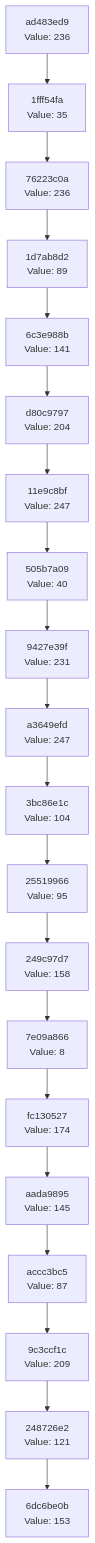
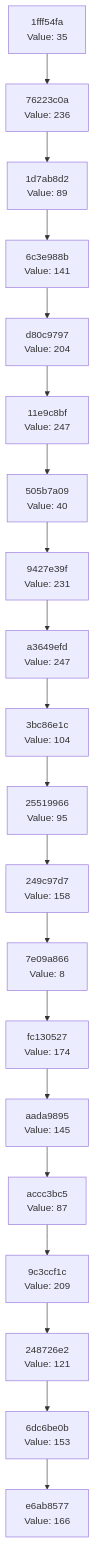
One commit to Abhisheksinha1506/hash-chain-evolver changed the diagram in docs/CHAIN_VISUALIZATION.md. Above: the diagram before and after it, drawn with Mermaid. The commit also changed 3 other files, not shown here.

````diff
--- a/docs/CHAIN_VISUALIZATION.md
+++ b/docs/CHAIN_VISUALIZATION.md
@@ -3,42 +3,42 @@
 ```mermaid
 graph TD
-    C0["6dc6be0b<br/>Value: 153"]
-    C1["248726e2<br/>Value: 121"]
+    C0["e6ab8577<br/>Value: 166"]
+    C1["6dc6be0b<br/>Value: 153"]
     C1 --> C0
-    C2["9c3ccf1c<br/>Value: 209"]
+    C2["248726e2<br/>Value: 121"]
     C2 --> C1
-    C3["accc3bc5<br/>Value: 87"]
+    C3["9c3ccf1c<br/>Value: 209"]
     C3 --> C2
-    C4["aada9895<br/>Value: 145"]
+    C4["accc3bc5<br/>Value: 87"]
     C4 --> C3
-    C5["fc130527<br/>Value: 174"]
+    C5["aada9895<br/>Value: 145"]
     C5 --> C4
-    C6["7e09a866<br/>Value: 8"]
+    C6["fc130527<br/>Value: 174"]
     C6 --> C5
-    C7["249c97d7<br/>Value: 158"]
+    C7["7e09a866<br/>Value: 8"]
     C7 --> C6
-    C8["25519966<br/>Value: 95"]
+    C8["249c97d7<br/>Value: 158"]
     C8 --> C7
-    C9["3bc86e1c<br/>Value: 104"]
+    C9["25519966<br/>Value: 95"]
     C9 --> C8
-    C10["a3649efd<br/>Value: 247"]
+    C10["3bc86e1c<br/>Value: 104"]
     C10 --> C9
-    C11["9427e39f<br/>Value: 231"]
+    C11["a3649efd<br/>Value: 247"]
     C11 --> C10
-    C12["505b7a09<br/>Value: 40"]
+    C12["9427e39f<br/>Value: 231"]
     C12 --> C11
-    C13["11e9c8bf<br/>Value: 247"]
+    C13["505b7a09<br/>Value: 40"]
     C13 --> C12
-    C14["d80c9797<br/>Value: 204"]
+    C14["11e9c8bf<br/>Value: 247"]
     C14 --> C13
-    C15["6c3e988b<br/>Value: 141"]
+    C15["d80c9797<br/>Value: 204"]
     C15 --> C14
-    C16["1d7ab8d2<br/>Value: 89"]
+    C16["6c3e988b<br/>Value: 141"]
     C16 --> C15
-    C17["76223c0a<br/>Value: 236"]
+    C17["1d7ab8d2<br/>Value: 89"]
     C17 --> C16
-    C18["1fff54fa<br/>Value: 35"]
+    C18["76223c0a<br/>Value: 236"]
     C18 --> C17
-    C19["ad483ed9<br/>Value: 236"]
+    C19["1fff54fa<br/>Value: 35"]
     C19 --> C18
 ```
````
